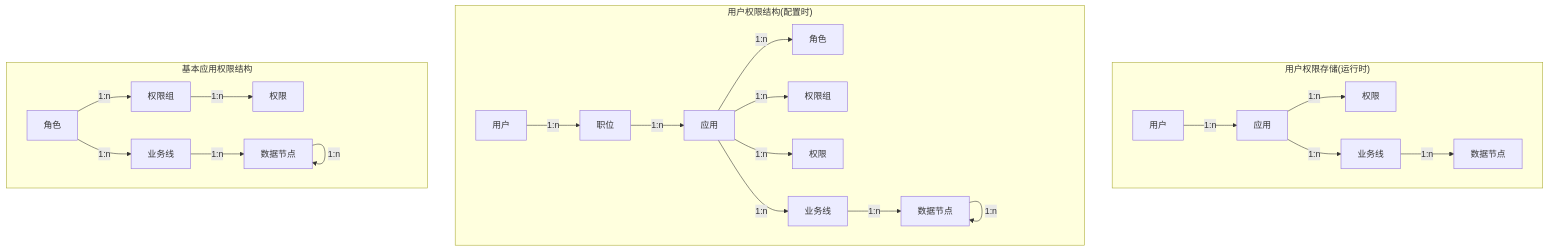
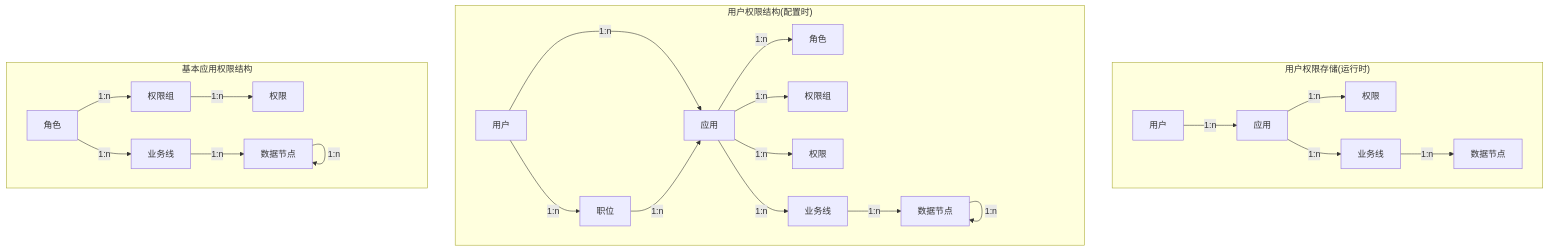
The second of 2 diagrams in README.md (clcy1243/resume), drawn with Mermaid before and after one commit.

Commit message:
更新图示

````diff
--- a/README.md
+++ b/README.md
@@ -70,33 +70,34 @@
     ```mermaid
     flowchart TD
     subgraph USER_RUNTIME["用户权限存储(运行时)"]
         user3[用户]
         app3[应用]
         perm3[权限]
         bussiness3[业务线]
         node3[数据节点]
         user3 -->|1:n| app3 -->|1:n| perm3 & bussiness3
         bussiness3 -->|1:n| node3
     end
     subgraph USER_CONFIG["用户权限结构(配置时)"]
         user2[用户]
         position2[职位]
         app2[应用]
         role2[角色]
         perm_group2[权限组]
         perm2[权限]
         bussiness2[业务线]
         node2[数据节点]
+        user2 -->|1:n| app2
         user2 -->|1:n| position2 -->|1:n| app2 -->|1:n| role2 & perm_group2 & perm2 & bussiness2
         bussiness2 -->|1:n| node2 -->|1:n| node2
     end
     subgraph APP_AUTH[基本应用权限结构]
         role1[角色]
         perm_group1[权限组]
         perm1[权限]
         bussiness1[业务线]
         node1[数据节点]
         role1 -->|1:n| perm_group1 -->|1:n| perm1
         role1 -->|1:n| bussiness1 -->|1:n| node1 -->|1:n| node1
     end
     ```
````
